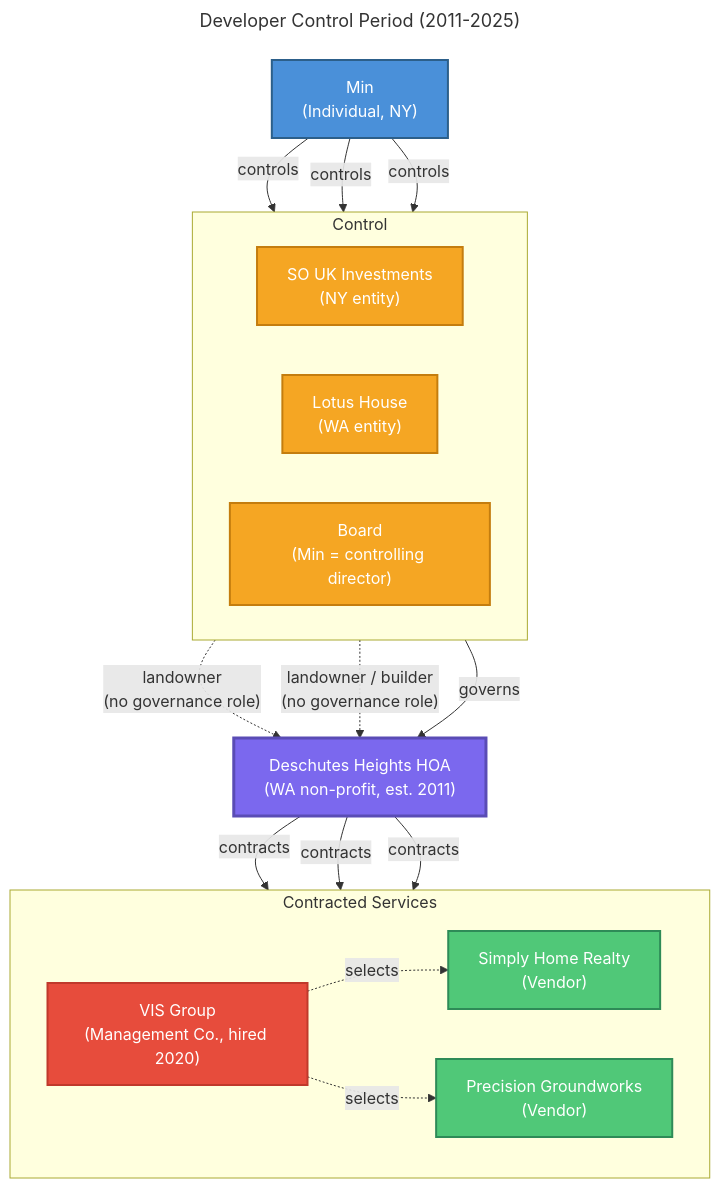
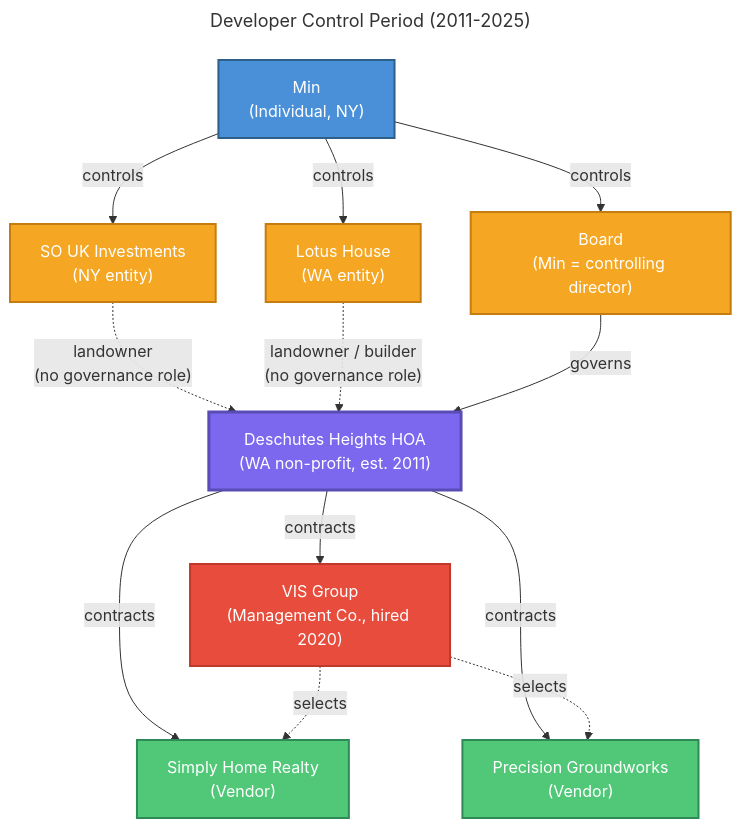
One commit to chadkirby/treasurer-reports changed the diagram in public/sources/relationships-developer.mermaid. Above: the diagram before and after it, drawn with Mermaid. The commit also changed 2 other files, not shown here.

Commit message:
Removed the “Control” and “Contracted Services” sub‑boxes from both relationship charts.

```diff
--- a/public/sources/relationships-developer.mermaid
+++ b/public/sources/relationships-developer.mermaid
@@ -1,43 +1,37 @@
 ---
 title: "Developer Control Period (2011-2025)"
 ---
 graph TB
   classDef person fill:#4A90D9,color:#fff,stroke:#2C5F8A,stroke-width:2px
   classDef entity fill:#F5A623,color:#fff,stroke:#C47D0E,stroke-width:2px
   classDef hoa fill:#7B68EE,color:#fff,stroke:#5A4CB5,stroke-width:3px
   classDef vendor fill:#50C878,color:#fff,stroke:#2E8B57,stroke-width:2px
   classDef mgmt fill:#E74C3C,color:#fff,stroke:#C0392B,stroke-width:2px
 
   Min_D["Min<br/>(Individual, NY)"]:::person
 
-  subgraph DEV_CONTROLS ["Control"]
-    direction LR
-    SOUK_D["SO UK Investments<br/>(NY entity)"]:::entity
-    Lotus_D["Lotus House<br/>(WA entity)"]:::entity
-    Board_D["Board<br/>(Min = controlling director)"]:::entity
-  end
+  SOUK_D["SO UK Investments<br/>(NY entity)"]:::entity
+  Lotus_D["Lotus House<br/>(WA entity)"]:::entity
+  Board_D["Board<br/>(Min = controlling director)"]:::entity
 
   HOA_D["Deschutes Heights HOA<br/>(WA non-profit, est. 2011)"]:::hoa
 
-  subgraph VENDORS ["Contracted Services"]
-    direction LR
-    VIS_D["VIS Group<br/>(Management Co., hired 2020)"]:::mgmt
-    SHR_D["Simply Home Realty<br/>(Vendor)"]:::vendor
-    PG_D["Precision Groundworks<br/>(Vendor)"]:::vendor
-  end
+  VIS_D["VIS Group<br/>(Management Co., hired 2020)"]:::mgmt
+  SHR_D["Simply Home Realty<br/>(Vendor)"]:::vendor
+  PG_D["Precision Groundworks<br/>(Vendor)"]:::vendor
 
   Min_D -- "controls" --> SOUK_D
   Min_D -- "controls" --> Lotus_D
   Min_D -- "controls" --> Board_D
 
   SOUK_D -. "landowner<br/>(no governance role)" .-> HOA_D
   Lotus_D -. "landowner / builder<br/>(no governance role)" .-> HOA_D
 
   Board_D -- "governs" --> HOA_D
 
   HOA_D -- "contracts" --> VIS_D
   HOA_D -- "contracts" --> SHR_D
   HOA_D -- "contracts" --> PG_D
 
   VIS_D -. "selects" .-> SHR_D
   VIS_D -. "selects" .-> PG_D
```
